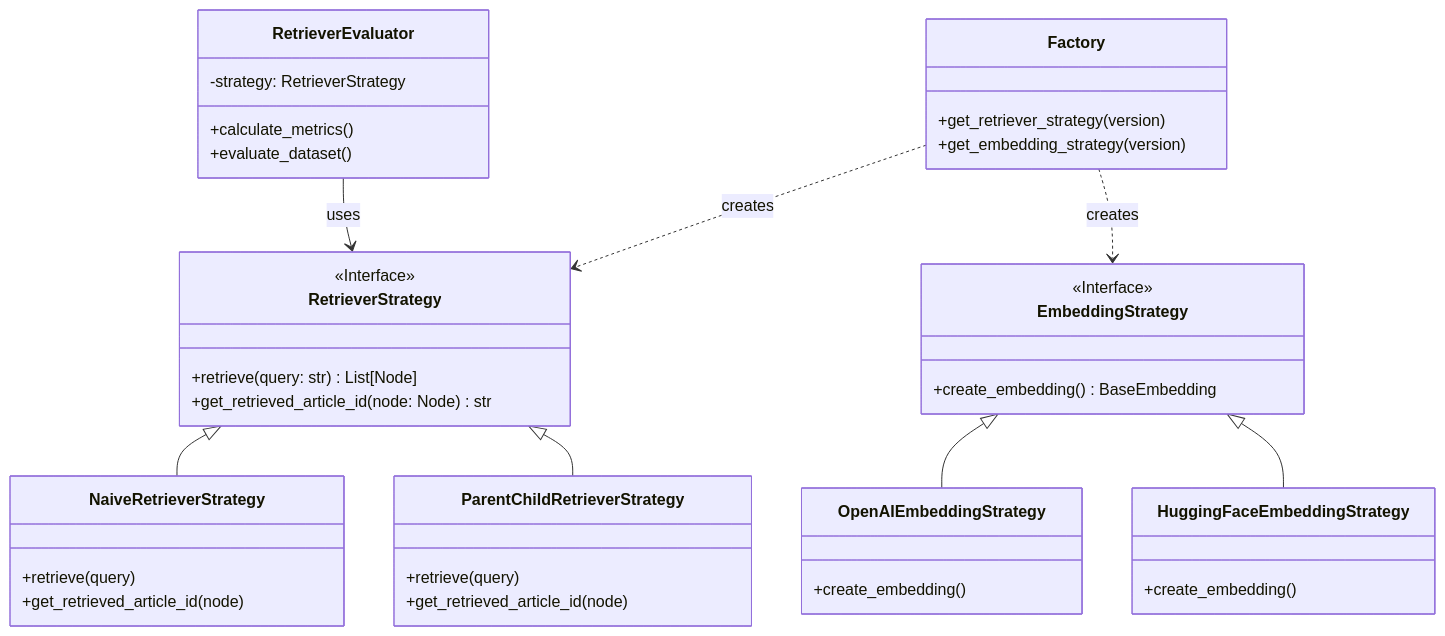
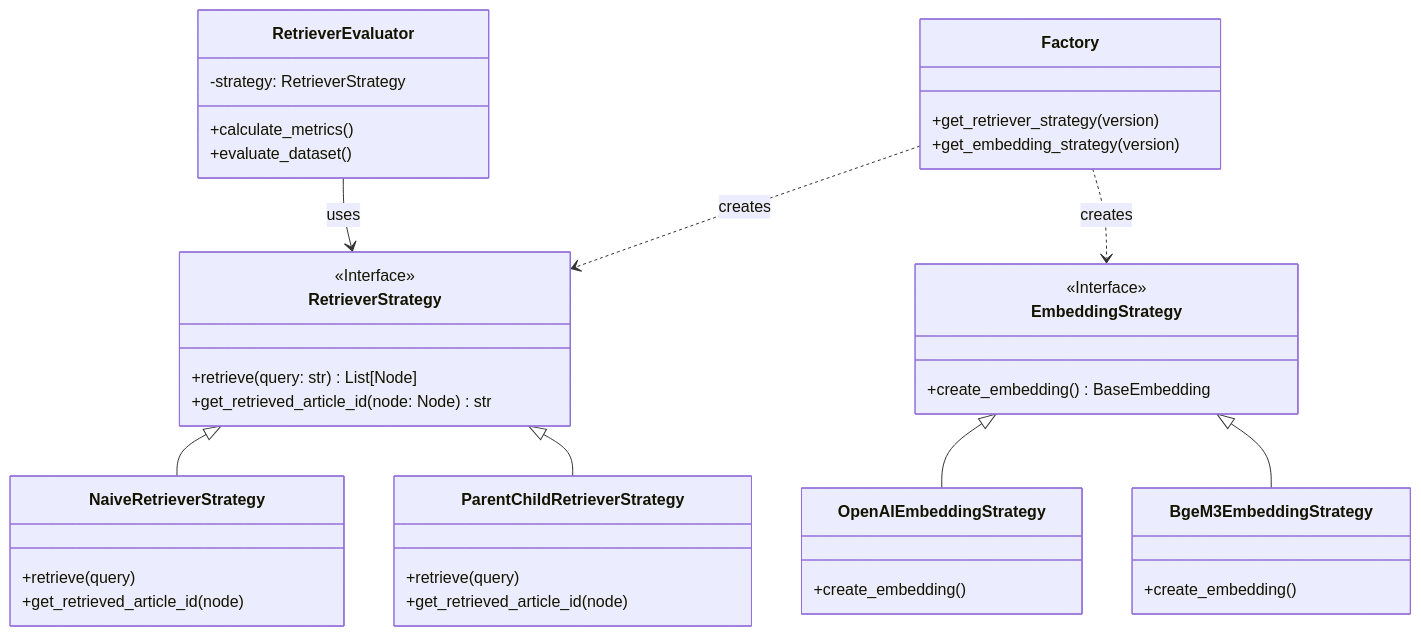
The diagram in backend/app/rag/README.md (wei-yiting/labor-law-guardian), drawn with Mermaid before and after one commit. The commit also changed other lines of this file and 13 other files, not shown here.

````diff
--- a/backend/app/rag/README.md
+++ b/backend/app/rag/README.md
@@ -11,43 +11,43 @@
 ```mermaid
 classDiagram
     class RetrieverStrategy {
         <<Interface>>
         +retrieve(query: str) List[Node]
         +get_retrieved_article_id(node: Node) str
     }
     class EmbeddingStrategy {
         <<Interface>>
         +create_embedding() BaseEmbedding
     }
     class NaiveRetrieverStrategy {
         +retrieve(query)
         +get_retrieved_article_id(node)
     }
     class ParentChildRetrieverStrategy {
         +retrieve(query)
         +get_retrieved_article_id(node)
     }
     class OpenAIEmbeddingStrategy {
         +create_embedding()
     }
-    class HuggingFaceEmbeddingStrategy {
+    class BgeM3EmbeddingStrategy {
         +create_embedding()
     }
     class RetrieverEvaluator {
         -strategy: RetrieverStrategy
         +calculate_metrics()
         +evaluate_dataset()
     }
     class Factory {
         +get_retriever_strategy(version)
         +get_embedding_strategy(version)
     }
 
     RetrieverStrategy <|-- NaiveRetrieverStrategy
     RetrieverStrategy <|-- ParentChildRetrieverStrategy
     EmbeddingStrategy <|-- OpenAIEmbeddingStrategy
-    EmbeddingStrategy <|-- HuggingFaceEmbeddingStrategy
+    EmbeddingStrategy <|-- BgeM3EmbeddingStrategy
     RetrieverEvaluator --> RetrieverStrategy : uses
     Factory ..> RetrieverStrategy : creates
     Factory ..> EmbeddingStrategy : creates
 ```
````
